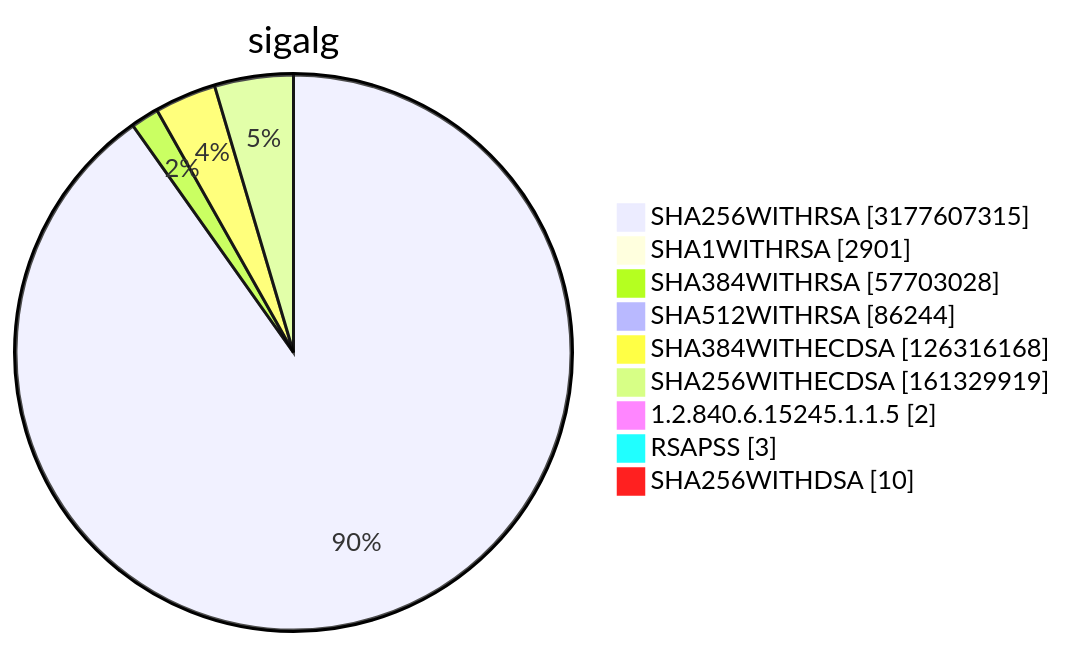
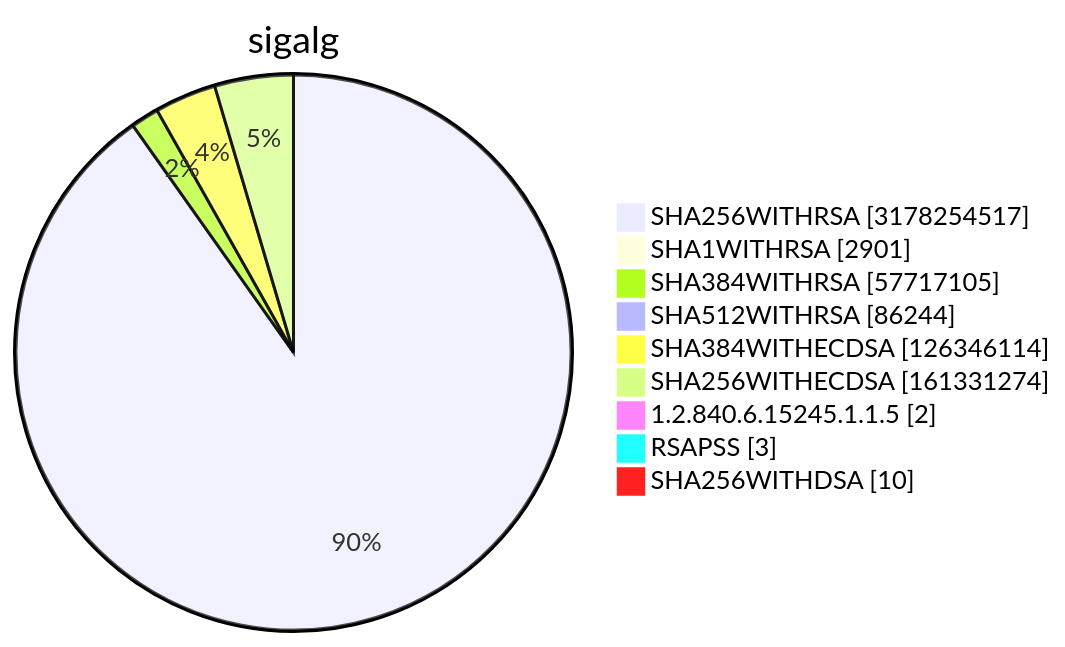
Before and after one commit to christiankrug/ctmonitor_visualization: diagram 15 of 15 in TOTAL/README.md, drawn with Mermaid. The commit also changed other lines of this file, not shown here.

````diff
--- a/TOTAL/README.md
+++ b/TOTAL/README.md
@@ -6215,13 +6215,13 @@
 ```mermaid
 pie showData
 title sigalg
-"SHA256WITHRSA" :3177607315
+"SHA256WITHRSA" :3178254517
 "SHA1WITHRSA" :2901
-"SHA384WITHRSA" :57703028
+"SHA384WITHRSA" :57717105
 "SHA512WITHRSA" :86244
-"SHA384WITHECDSA" :126316168
-"SHA256WITHECDSA" :161329919
+"SHA384WITHECDSA" :126346114
+"SHA256WITHECDSA" :161331274
 "1.2.840.6.15245.1.1.5" :2
 "RSAPSS" :3
 "SHA256WITHDSA" :10
 ```
````
